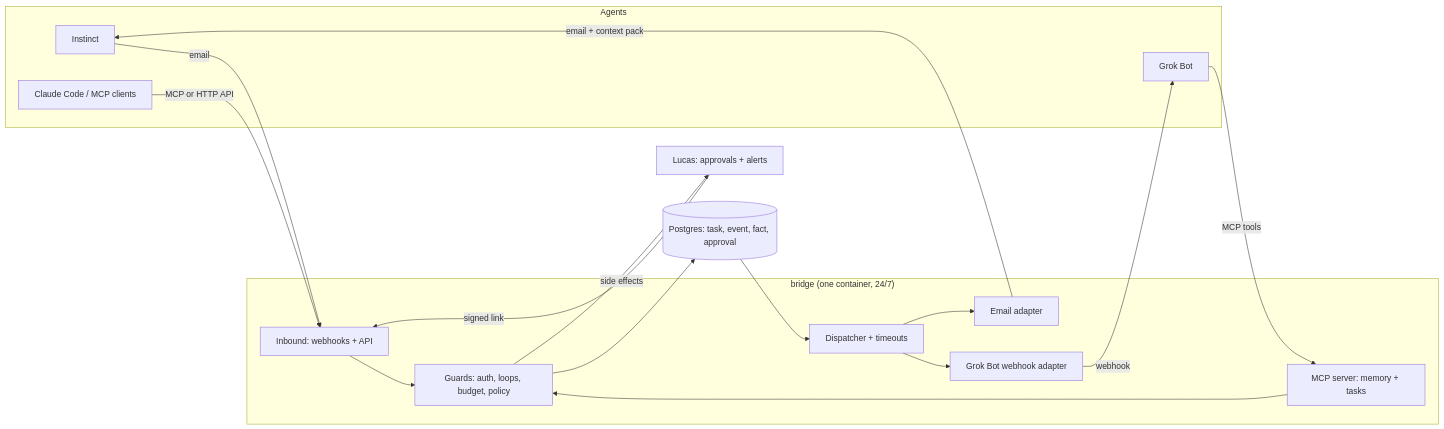
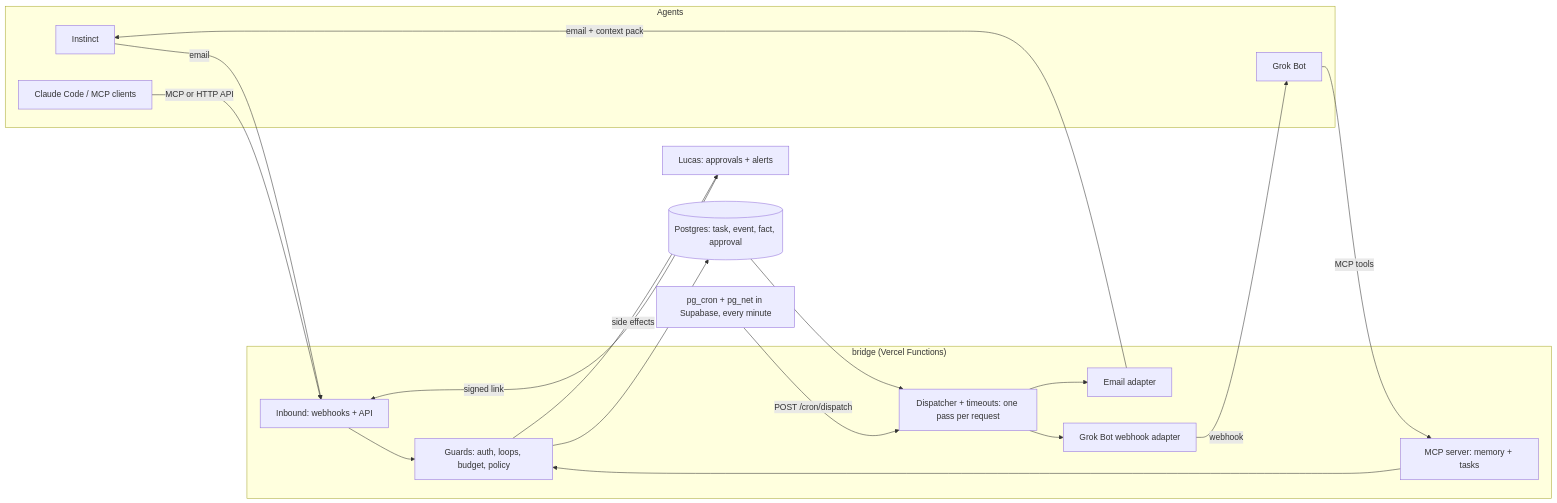
The diagram in PRD.md (LucasLeguizamo/agent-bridge), drawn with Mermaid before and after one commit. The commit also changed other lines of this file and 46 other files, not shown here.

````diff
--- a/PRD.md
+++ b/PRD.md
@@ -99,28 +99,30 @@
 ```mermaid
 flowchart LR
   subgraph Agents
     I[Instinct]
     G[Grok Bot]
     C[Claude Code / MCP clients]
   end
-  subgraph Bridge["bridge (one container, 24/7)"]
+  subgraph Bridge["bridge (Vercel Functions)"]
     IN[Inbound: webhooks + API]
     GUARD[Guards: auth, loops, budget, policy]
-    W[Dispatcher + timeouts]
+    W[Dispatcher + timeouts: one pass per request]
     A1[Email adapter]
     A2[Grok Bot webhook adapter]
     MCP[MCP server: memory + tasks]
   end
   DB[(Postgres: task, event, fact, approval)]
   H[Lucas: approvals + alerts]
+  CRON[pg_cron + pg_net in Supabase, every minute]
 
   I -- email --> IN
   G -- MCP tools --> MCP --> GUARD
   C -- MCP or HTTP API --> IN
   IN --> GUARD --> DB
   DB --> W
+  CRON -- POST /cron/dispatch --> W
   W --> A1 -- email + context pack --> I
   W --> A2 -- webhook --> G
   GUARD -- side effects --> H
   H -- signed link --> IN
 ```
````
